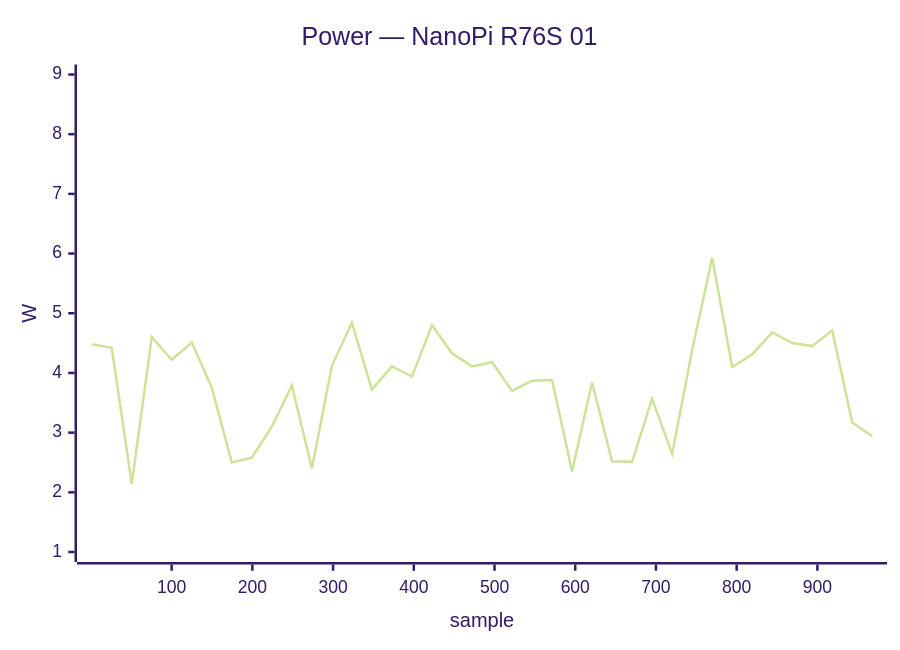
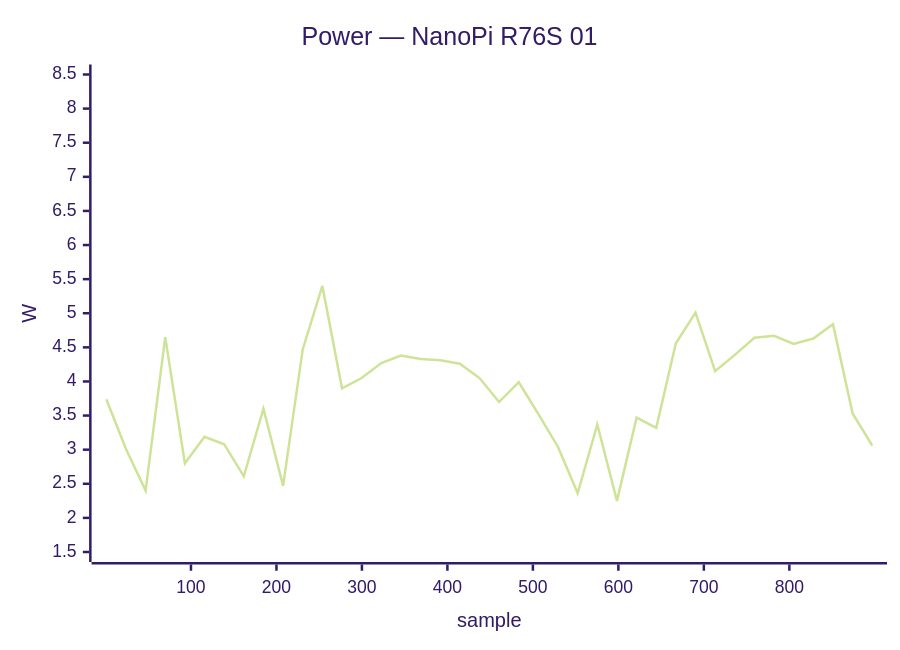
One commit to armbian/documentation changed diagram 17 of 33 in docs/status/board-tests.md. Above: the diagram before and after it, drawn with Mermaid (forest theme). The commit also changed other lines of this file, not shown here.

````diff
--- a/docs/status/board-tests.md
+++ b/docs/status/board-tests.md
@@ -992,7 +931,7 @@
 ```mermaid
 xychart-beta
     title "Power — NanoPi R76S 01"
-    x-axis "sample" 1 --> 968
-    y-axis "W" 1.0 --> 9.0
-    line [4.48, 4.42, 2.14, 4.60, 4.22, 4.51, 3.75, 2.50, 2.58, 3.10, 3.79, 2.40, 4.12, 4.84, 3.72, 4.11, 3.94, 4.80, 4.33, 4.11, 4.18, 3.70, 3.87, 3.88, 2.35, 3.84, 2.52, 2.51, 3.57, 2.64, 4.38, 5.93, 4.10, 4.31, 4.68, 4.50, 4.45, 4.71, 3.17, 2.94]
+    x-axis "sample" 1 --> 897
+    y-axis "W" 1.5 --> 8.5
+    line [3.74, 3.01, 2.40, 4.65, 2.80, 3.19, 3.08, 2.61, 3.60, 2.47, 4.47, 5.40, 3.90, 4.05, 4.27, 4.38, 4.33, 4.31, 4.26, 4.05, 3.70, 3.99, 3.52, 3.04, 2.36, 3.37, 2.25, 3.47, 3.32, 4.56, 5.01, 4.15, 4.39, 4.64, 4.67, 4.55, 4.63, 4.84, 3.53, 3.06]
 ```
````
